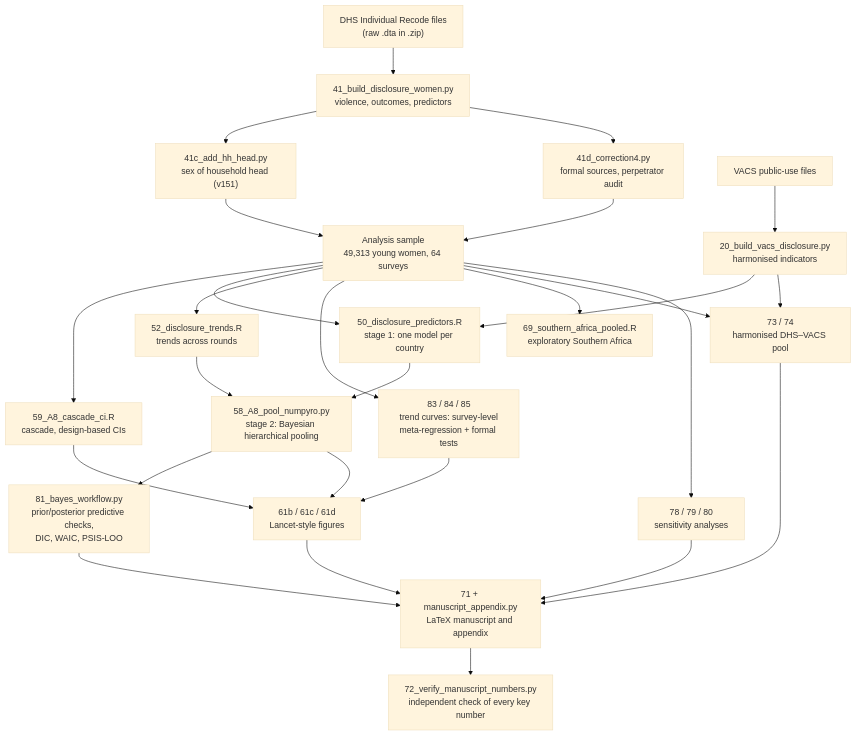
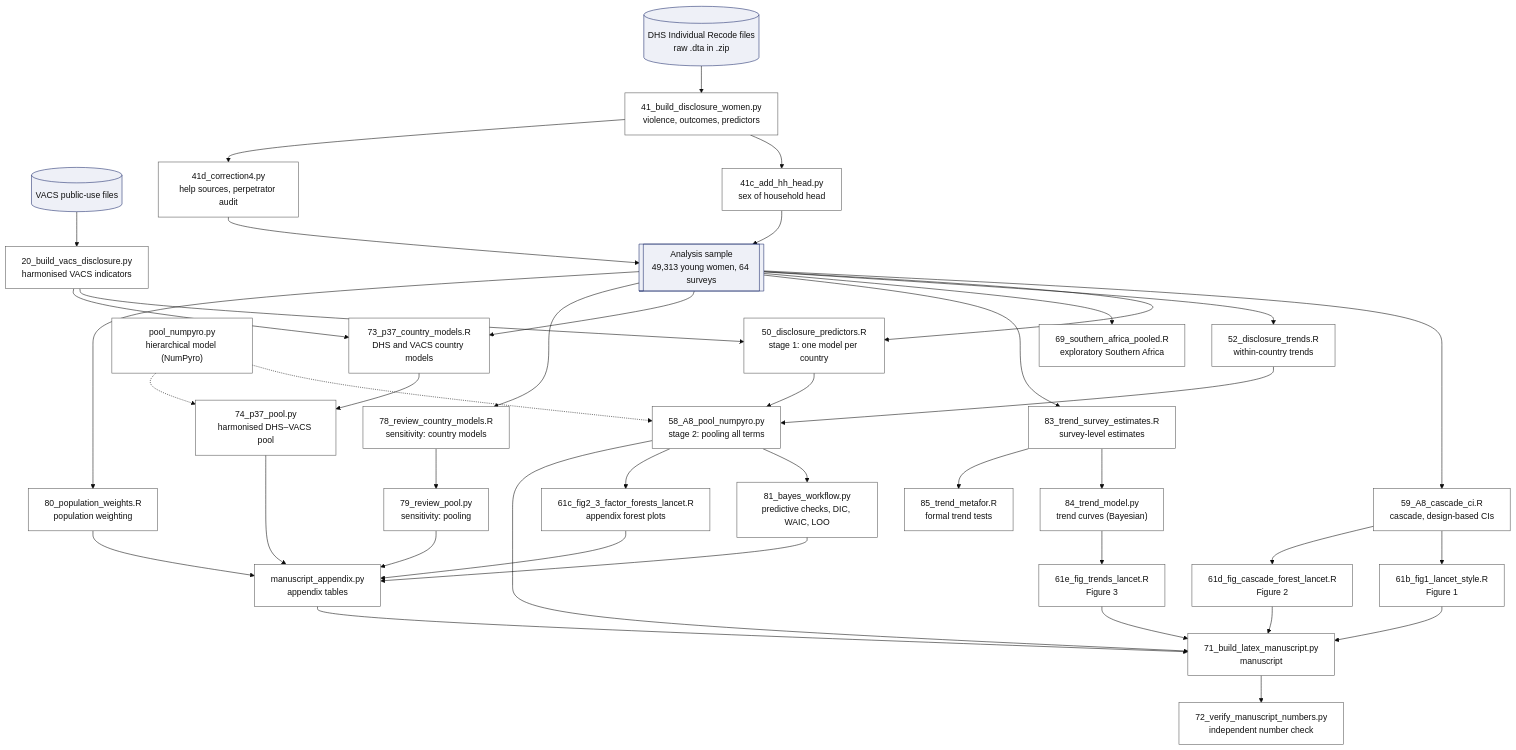
One commit to teklesam/disclosure-help-seeking-africa changed the first of 3 diagrams in README.md. Above: the diagram before and after it, drawn with Mermaid (base theme). The commit also changed other lines of this file and 1 other file, not shown here.

Commit message:
README: every diagram box links to its script; numbered step table with links

````diff
--- a/README.md
+++ b/README.md
@@ -38,29 +40,102 @@
 ```mermaid
 flowchart TD
-    A1["DHS Individual Recode files<br/>(raw .dta in .zip)"] --> B1["41_build_disclosure_women.py<br/>violence, outcomes, predictors"]
-    B1 --> B2["41c_add_hh_head.py<br/>sex of household head (v151)"]
-    B1 --> B3["41d_correction4.py<br/>formal sources, perpetrator audit"]
-    A2["VACS public-use files"] --> B4["20_build_vacs_disclosure.py<br/>harmonised indicators"]
-    B2 --> D["Analysis sample<br/>49,313 young women, 64 surveys"]
+    A1[("DHS Individual Recode files<br/>raw .dta in .zip")]
+    A2[("VACS public-use files")]
+    D[["Analysis sample<br/>49,313 young women, 64 surveys"]]
+    B1["41_build_disclosure_women.py<br/>violence, outcomes, predictors"]
+    B2["41c_add_hh_head.py<br/>sex of household head"]
+    B3["41d_correction4.py<br/>help sources, perpetrator audit"]
+    B4["20_build_vacs_disclosure.py<br/>harmonised VACS indicators"]
+    E1["59_A8_cascade_ci.R<br/>cascade, design-based CIs"]
+    E2["50_disclosure_predictors.R<br/>stage 1: one model per country"]
+    F0["pool_numpyro.py<br/>hierarchical model (NumPyro)"]
+    F1["58_A8_pool_numpyro.py<br/>stage 2: pooling all terms"]
+    E3["52_disclosure_trends.R<br/>within-country trends"]
+    E4["69_southern_africa_pooled.R<br/>exploratory Southern Africa"]
+    T1["83_trend_survey_estimates.R<br/>survey-level estimates"]
+    T2["84_trend_model.py<br/>trend curves (Bayesian)"]
+    T3["85_trend_metafor.R<br/>formal trend tests"]
+    G1["73_p37_country_models.R<br/>DHS and VACS country models"]
+    G2["74_p37_pool.py<br/>harmonised DHS–VACS pool"]
+    H1["81_bayes_workflow.py<br/>predictive checks, DIC, WAIC, LOO"]
+    H2["78_review_country_models.R<br/>sensitivity: country models"]
+    H3["79_review_pool.py<br/>sensitivity: pooling"]
+    H4["80_population_weights.R<br/>population weighting"]
+    I1["61b_fig1_lancet_style.R<br/>Figure 1"]
+    I2["61d_fig_cascade_forest_lancet.R<br/>Figure 2"]
+    I3["61e_fig_trends_lancet.R<br/>Figure 3"]
+    I4["61c_fig2_3_factor_forests_lancet.R<br/>appendix forest plots"]
+    J1["71_build_latex_manuscript.py<br/>manuscript"]
+    J2["manuscript_appendix.py<br/>appendix tables"]
+    K1["72_verify_manuscript_numbers.py<br/>independent number check"]
+    A1 --> B1
+    B1 --> B2
+    B1 --> B3
+    A2 --> B4
+    B2 --> D
     B3 --> D
-    D --> E1["59_A8_cascade_ci.R<br/>cascade, design-based CIs"]
-    D --> E2["50_disclosure_predictors.R<br/>stage 1: one model per country"]
+    D --> E1
+    D --> E2
     B4 --> E2
-    E2 --> F1["58_A8_pool_numpyro.py<br/>stage 2: Bayesian hierarchical pooling"]
-    D --> E3["52_disclosure_trends.R<br/>trends across rounds"]
-    D --> E5["83 / 84 / 85<br/>trend curves: survey-level<br/>meta-regression + formal tests"]
-    E5 --> I
+    F0 -.-> F1
+    E2 --> F1
+    D --> E3
     E3 --> F1
-    D --> E4["69_southern_africa_pooled.R<br/>exploratory Southern Africa"]
-    D --> G1["73 / 74<br/>harmonised DHS–VACS pool"]
+    D --> E4
+    D --> T1
+    T1 --> T2
+    T1 --> T3
+    D --> G1
     B4 --> G1
-    F1 --> H1["81_bayes_workflow.py<br/>prior/posterior predictive checks,<br/>DIC, WAIC, PSIS-LOO"]
-    D --> H2["78 / 79 / 80<br/>sensitivity analyses"]
-    F1 --> I["61b / 61c / 61d<br/>Lancet-style figures"]
-    E1 --> I
-    H1 --> J["71 + manuscript_appendix.py<br/>LaTeX manuscript and appendix"]
-    H2 --> J
-    G1 --> J
-    I --> J
-    J --> K["72_verify_manuscript_numbers.py<br/>independent check of every key number"]
+    G1 --> G2
+    F0 -.-> G2
+    F1 --> H1
+    D --> H2
+    H2 --> H3
+    D --> H4
+    E1 --> I1
+    E1 --> I2
+    T2 --> I3
+    F1 --> I4
+    F1 --> J1
+    H1 --> J2
+    H3 --> J2
+    H4 --> J2
+    G2 --> J2
+    I1 --> J1
+    I2 --> J1
+    I3 --> J1
+    I4 --> J2
+    J2 --> J1
+    J1 --> K1
+    click B1 href "https://github.com/teklesam/disclosure-help-seeking-africa/blob/main/build/41_build_disclosure_women.py" "Open 41_build_disclosure_women.py" _blank
+    click B2 href "https://github.com/teklesam/disclosure-help-seeking-africa/blob/main/build/41c_add_hh_head.py" "Open 41c_add_hh_head.py" _blank
+    click B3 href "https://github.com/teklesam/disclosure-help-seeking-africa/blob/main/review/41d_correction4.py" "Open 41d_correction4.py" _blank
+    click B4 href "https://github.com/teklesam/disclosure-help-seeking-africa/blob/main/build/20_build_vacs_disclosure.py" "Open 20_build_vacs_disclosure.py" _blank
+    click E1 href "https://github.com/teklesam/disclosure-help-seeking-africa/blob/main/analysis/59_A8_cascade_ci.R" "Open 59_A8_cascade_ci.R" _blank
+    click E2 href "https://github.com/teklesam/disclosure-help-seeking-africa/blob/main/analysis/50_disclosure_predictors.R" "Open 50_disclosure_predictors.R" _blank
+    click F0 href "https://github.com/teklesam/disclosure-help-seeking-africa/blob/main/pooling/pool_numpyro.py" "Open pool_numpyro.py" _blank
+    click F1 href "https://github.com/teklesam/disclosure-help-seeking-africa/blob/main/pooling/58_A8_pool_numpyro.py" "Open 58_A8_pool_numpyro.py" _blank
+    click E3 href "https://github.com/teklesam/disclosure-help-seeking-africa/blob/main/analysis/52_disclosure_trends.R" "Open 52_disclosure_trends.R" _blank
+    click E4 href "https://github.com/teklesam/disclosure-help-seeking-africa/blob/main/analysis/69_southern_africa_pooled.R" "Open 69_southern_africa_pooled.R" _blank
+    click T1 href "https://github.com/teklesam/disclosure-help-seeking-africa/blob/main/analysis/83_trend_survey_estimates.R" "Open 83_trend_survey_estimates.R" _blank
+    click T2 href "https://github.com/teklesam/disclosure-help-seeking-africa/blob/main/pooling/84_trend_model.py" "Open 84_trend_model.py" _blank
+    click T3 href "https://github.com/teklesam/disclosure-help-seeking-africa/blob/main/analysis/85_trend_metafor.R" "Open 85_trend_metafor.R" _blank
+    click G1 href "https://github.com/teklesam/disclosure-help-seeking-africa/blob/main/harmonised/73_p37_country_models.R" "Open 73_p37_country_models.R" _blank
+    click G2 href "https://github.com/teklesam/disclosure-help-seeking-africa/blob/main/harmonised/74_p37_pool.py" "Open 74_p37_pool.py" _blank
+    click H1 href "https://github.com/teklesam/disclosure-help-seeking-africa/blob/main/review/81_bayes_workflow.py" "Open 81_bayes_workflow.py" _blank
+    click H2 href "https://github.com/teklesam/disclosure-help-seeking-africa/blob/main/review/78_review_country_models.R" "Open 78_review_country_models.R" _blank
+    click H3 href "https://github.com/teklesam/disclosure-help-seeking-africa/blob/main/review/79_review_pool.py" "Open 79_review_pool.py" _blank
+    click H4 href "https://github.com/teklesam/disclosure-help-seeking-africa/blob/main/review/80_population_weights.R" "Open 80_population_weights.R" _blank
+    click I1 href "https://github.com/teklesam/disclosure-help-seeking-africa/blob/main/figures/61b_fig1_lancet_style.R" "Open 61b_fig1_lancet_style.R" _blank
+    click I2 href "https://github.com/teklesam/disclosure-help-seeking-africa/blob/main/figures/61d_fig_cascade_forest_lancet.R" "Open 61d_fig_cascade_forest_lancet.R" _blank
+    click I3 href "https://github.com/teklesam/disclosure-help-seeking-africa/blob/main/figures/61e_fig_trends_lancet.R" "Open 61e_fig_trends_lancet.R" _blank
+    click I4 href "https://github.com/teklesam/disclosure-help-seeking-africa/blob/main/figures/61c_fig2_3_factor_forests_lancet.R" "Open 61c_fig2_3_factor_forests_lancet.R" _blank
+    click J1 href "https://github.com/teklesam/disclosure-help-seeking-africa/blob/main/manuscript/71_build_latex_manuscript.py" "Open 71_build_latex_manuscript.py" _blank
+    click J2 href "https://github.com/teklesam/disclosure-help-seeking-africa/blob/main/manuscript/manuscript_appendix.py" "Open manuscript_appendix.py" _blank
+    click K1 href "https://github.com/teklesam/disclosure-help-seeking-africa/blob/main/manuscript/72_verify_manuscript_numbers.py" "Open 72_verify_manuscript_numbers.py" _blank
+    classDef data fill:#eef0f7,stroke:#1B2A6B,color:#111;
+    classDef script fill:#ffffff,stroke:#555,color:#111;
+    class A1,A2,D data;
+    class B1,B2,B3,B4,E1,E2,F0,F1,E3,E4,T1,T2,T3,G1,G2,H1,H2,H3,H4,I1,I2,I3,I4,J1,J2,K1 script;
 ```
````
